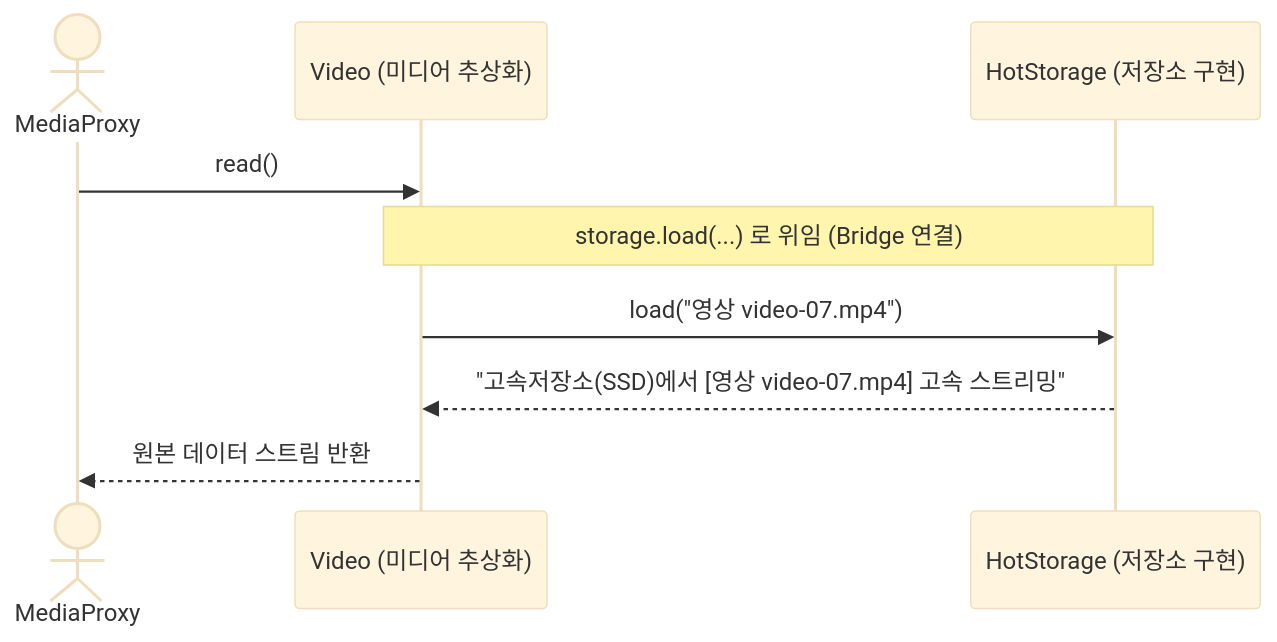
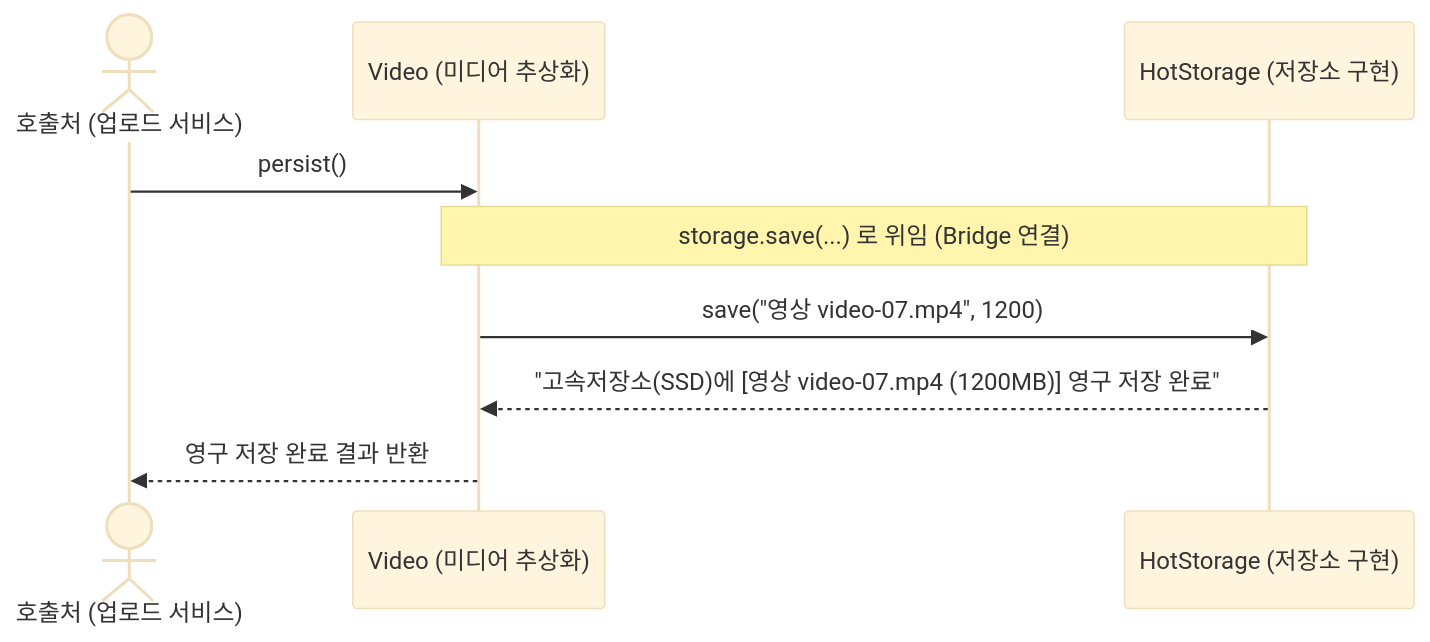
Before and after one commit to Data-MaSTeRR/samsung-aa-design-patterns: the fourth of 5 diagrams in README.md, drawn with Mermaid (base theme). The commit also changed other lines of this file and 61 other files, not shown here.

````diff
--- a/README.md
+++ b/README.md
@@ -237,12 +239,12 @@
 ```mermaid
 sequenceDiagram
-    actor Proxy as MediaProxy
+    actor Client as 호출처 (업로드 서비스)
     participant Video as Video (미디어 추상화)
     participant HotStorage as HotStorage (저장소 구현)
 
-    Proxy->>Video: read()
-    Note over Video,HotStorage: storage.load(...) 로 위임 (Bridge 연결)
-    Video->>HotStorage: load("영상 video-07.mp4")
-    HotStorage-->>Video: "고속저장소(SSD)에서 [영상 video-07.mp4] 고속 스트리밍"
-    Video-->>Proxy: 원본 데이터 스트림 반환
+    Client->>Video: persist()
+    Note over Video,HotStorage: storage.save(...) 로 위임 (Bridge 연결)
+    Video->>HotStorage: save("영상 video-07.mp4", 1200)
+    HotStorage-->>Video: "고속저장소(SSD)에 [영상 video-07.mp4 (1200MB)] 영구 저장 완료"
+    Video-->>Client: 영구 저장 완료 결과 반환
 ```
````
